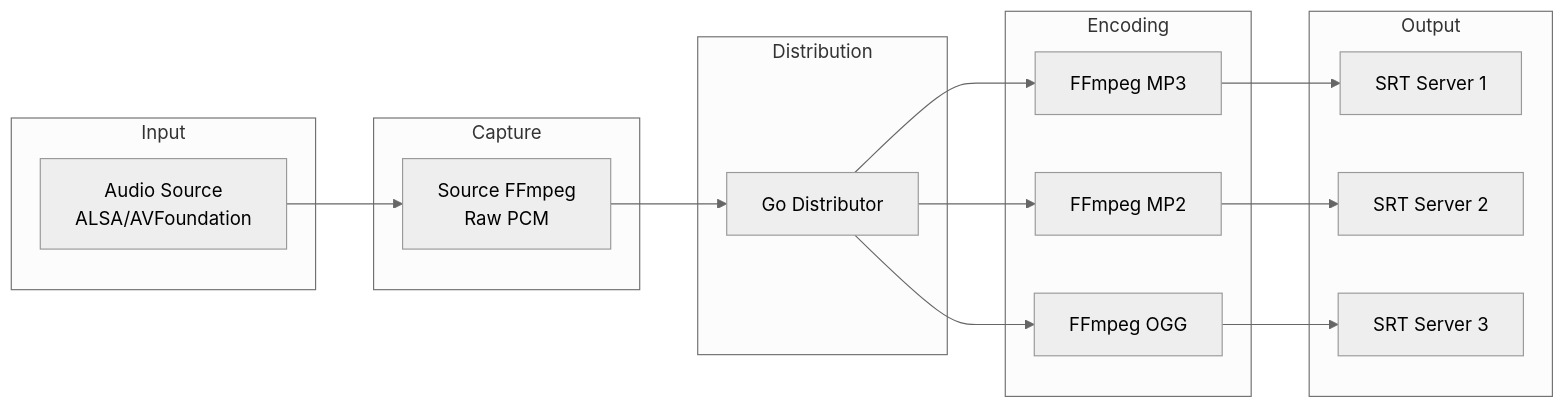
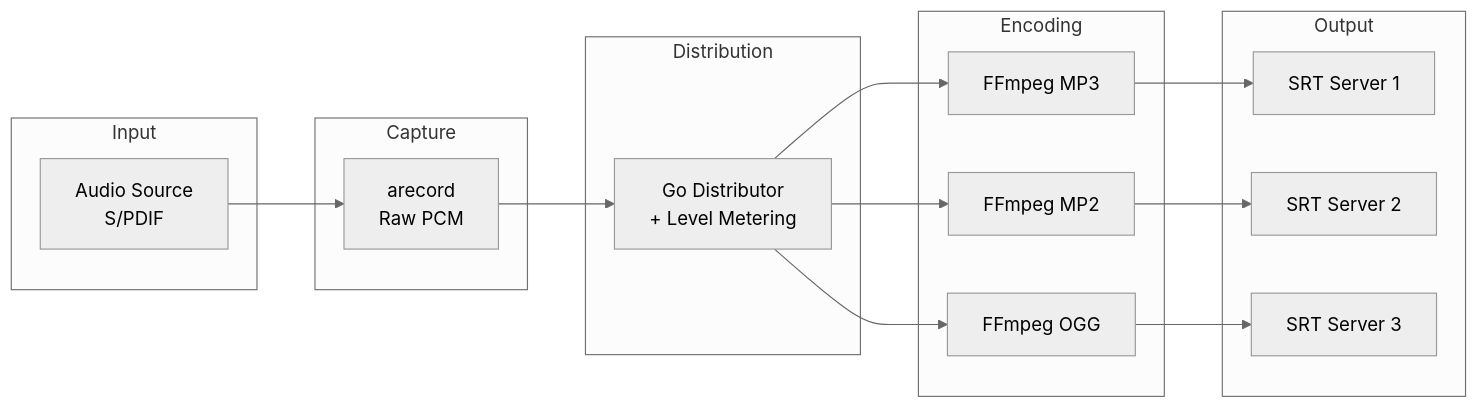
The diagram in README.md (oszuidwest/rpi-audio-encoder), drawn with Mermaid (neutral theme) before and after one commit. The commit also changed other lines of this file, not shown here.

First line of the commit message:
docs: update README with architecture changes

````diff
--- a/README.md
+++ b/README.md
@@ -82,31 +84,31 @@
 ```mermaid
 flowchart LR
     subgraph Input
-        A[Audio Source<br>ALSA/AVFoundation]
+        A[Audio Source<br>S/PDIF]
     end
 
     subgraph Capture
-        B[Source FFmpeg<br>Raw PCM]
+        B[arecord<br>Raw PCM]
     end
 
     subgraph Distribution
-        C[Go Distributor]
+        C[Go Distributor<br>+ Level Metering]
     end
 
     subgraph Encoding
         D1[FFmpeg MP3]
         D2[FFmpeg MP2]
         D3[FFmpeg OGG]
     end
 
     subgraph Output
         E1[SRT Server 1]
         E2[SRT Server 2]
         E3[SRT Server 3]
     end
 
     A --> B --> C
     C --> D1 --> E1
     C --> D2 --> E2
     C --> D3 --> E3
 ```
````
